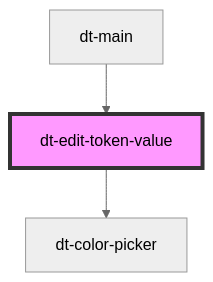
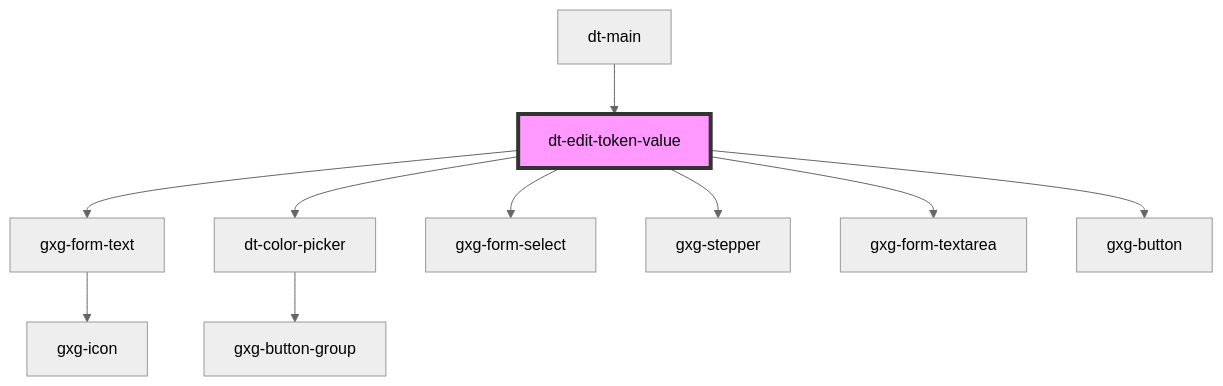
One commit to genexuslabs/design-tokens-editor changed the diagram in src/components/edit-token-value/readme.md. Above: the diagram before and after it, drawn with Mermaid (neutral theme). The commit also changed other lines of this file and 6 other files, not shown here.

````diff
--- a/src/components/edit-token-value/readme.md
+++ b/src/components/edit-token-value/readme.md
@@ -37,6 +42,13 @@
 ```mermaid
 graph TD;
+  dt-edit-token-value --> gxg-form-text
   dt-edit-token-value --> dt-color-picker
+  dt-edit-token-value --> gxg-form-select
+  dt-edit-token-value --> gxg-stepper
+  dt-edit-token-value --> gxg-form-textarea
+  dt-edit-token-value --> gxg-button
+  gxg-form-text --> gxg-icon
+  dt-color-picker --> gxg-button-group
   dt-main --> dt-edit-token-value
   style dt-edit-token-value fill:#f9f,stroke:#333,stroke-width:4px
 ```
````
